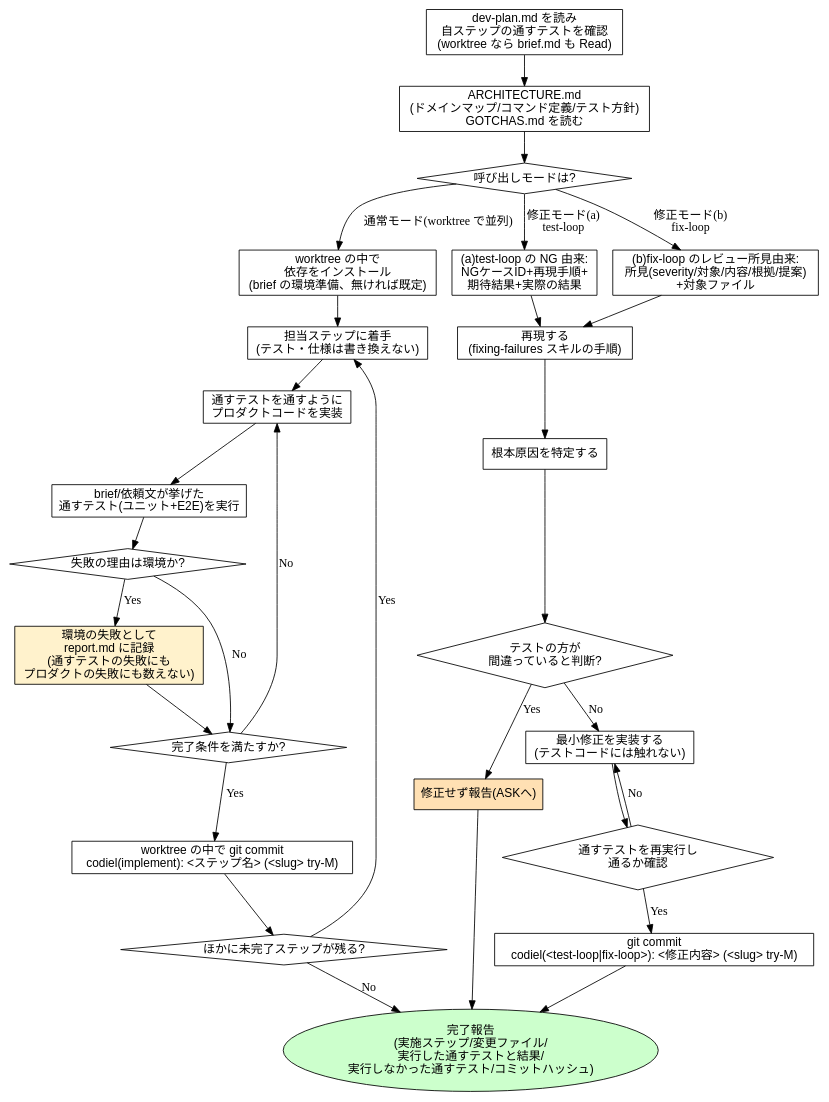
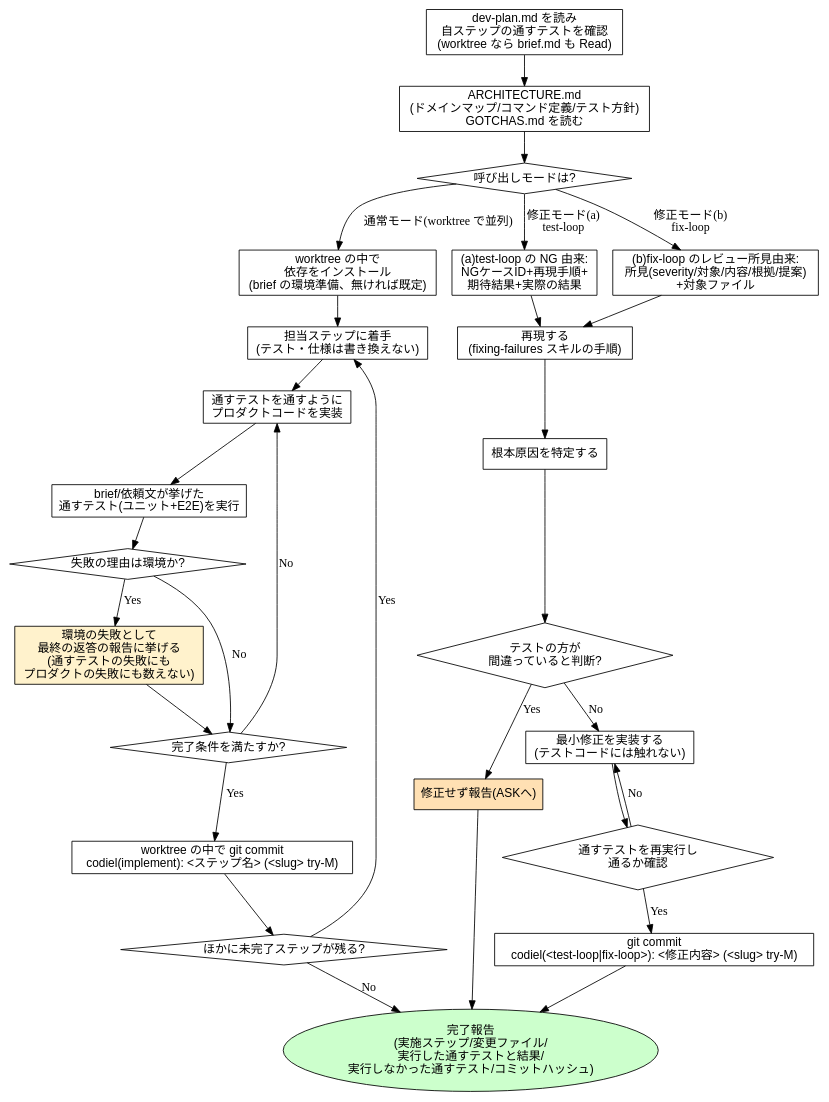
The sixth of 15 diagrams in plugins/codiel/docs/skill-flowcharts.md (Amatsuka-kobo/amatsuka-claude-plugins), drawn with Graphviz before and after one commit. The commit also changed other lines of this file and 21 other files, not shown here.

````diff
--- a/plugins/codiel/docs/skill-flowcharts.md
+++ b/plugins/codiel/docs/skill-flowcharts.md
@@ -193,58 +193,58 @@
 ```dot
 digraph implementing {
   rankdir=TB;
   node [fontname="sans-serif"];
 
   read_plan [label="dev-plan.md を読み\n自ステップの通すテストを確認\n(worktree なら brief.md も Read)", shape=box];
   read_arch [label="ARCHITECTURE.md\n(ドメインマップ/コマンド定義/テスト方針)\nGOTCHAS.md を読む", shape=box];
   mode [label="呼び出しモードは?", shape=diamond];
 
   install [label="worktree の中で\n依存をインストール\n(brief の環境準備、無ければ既定)", shape=box];
   next_step [label="担当ステップに着手\n(テスト・仕様は書き換えない)", shape=box];
   implement_code [label="通すテストを通すように\nプロダクトコードを実装", shape=box];
   run_tests [label="brief/依頼文が挙げた\n通すテスト(ユニット+E2E)を実行", shape=box];
   env_check [label="失敗の理由は環境か?", shape=diamond];
-  env_report [label="環境の失敗として\nreport.md に記録\n(通すテストの失敗にも\nプロダクトの失敗にも数えない)", shape=box, style=filled, fillcolor="#fff2cc"];
+  env_report [label="環境の失敗として\n最終の返答の報告に挙げる\n(通すテストの失敗にも\nプロダクトの失敗にも数えない)", shape=box, style=filled, fillcolor="#fff2cc"];
   verify [label="完了条件を満たすか?", shape=diamond];
   commit_step [label="worktree の中で git commit\ncodiel(implement): <ステップ名> (<slug> try-M)", shape=box];
   more_steps [label="ほかに未完了ステップが残る?", shape=diamond];
 
   receive_a [label="(a)test-loop の NG 由来:\nNGケースID+再現手順+\n期待結果+実際の結果", shape=box];
   receive_b [label="(b)fix-loop のレビュー所見由来:\n所見(severity/対象/内容/根拠/提案)\n+対象ファイル", shape=box];
   reproduce [label="再現する\n(fixing-failures スキルの手順)", shape=box];
   root_cause [label="根本原因を特定する", shape=box];
   spec_wrong [label="テストの方が\n間違っていると判断?", shape=diamond];
   escalate [label="修正せず報告(ASKへ)", shape=box, style=filled, fillcolor="#ffe0b3"];
   minimal_fix [label="最小修正を実装する\n(テストコードには触れない)", shape=box];
   verify_fix [label="通すテストを再実行し\n通るか確認", shape=diamond];
   commit_fix [label="git commit\ncodiel(<test-loop|fix-loop>): <修正内容> (<slug> try-M)", shape=box];
 
   report [label="完了報告\n(実施ステップ/変更ファイル/\n実行した通すテストと結果/\n実行しなかった通すテスト/コミットハッシュ)", shape=ellipse, style=filled, fillcolor="#ccffcc"];
 
   read_plan -> read_arch -> mode;
   mode -> install [label="通常モード(worktree で並列)"];
   mode -> receive_a [label="修正モード(a)\ntest-loop"];
   mode -> receive_b [label="修正モード(b)\nfix-loop"];
 
   install -> next_step -> implement_code -> run_tests -> env_check;
   env_check -> env_report [label="Yes"];
   env_check -> verify [label="No"];
   env_report -> verify;
   verify -> implement_code [label="No"];
   verify -> commit_step [label="Yes"];
   commit_step -> more_steps;
   more_steps -> next_step [label="Yes"];
   more_steps -> report [label="No"];
 
   receive_a -> reproduce;
   receive_b -> reproduce;
   reproduce -> root_cause -> spec_wrong;
   spec_wrong -> escalate [label="Yes"];
   spec_wrong -> minimal_fix [label="No"];
   minimal_fix -> verify_fix;
   verify_fix -> minimal_fix [label="No"];
   verify_fix -> commit_fix [label="Yes"];
   commit_fix -> report;
   escalate -> report;
 }
 ```
````
